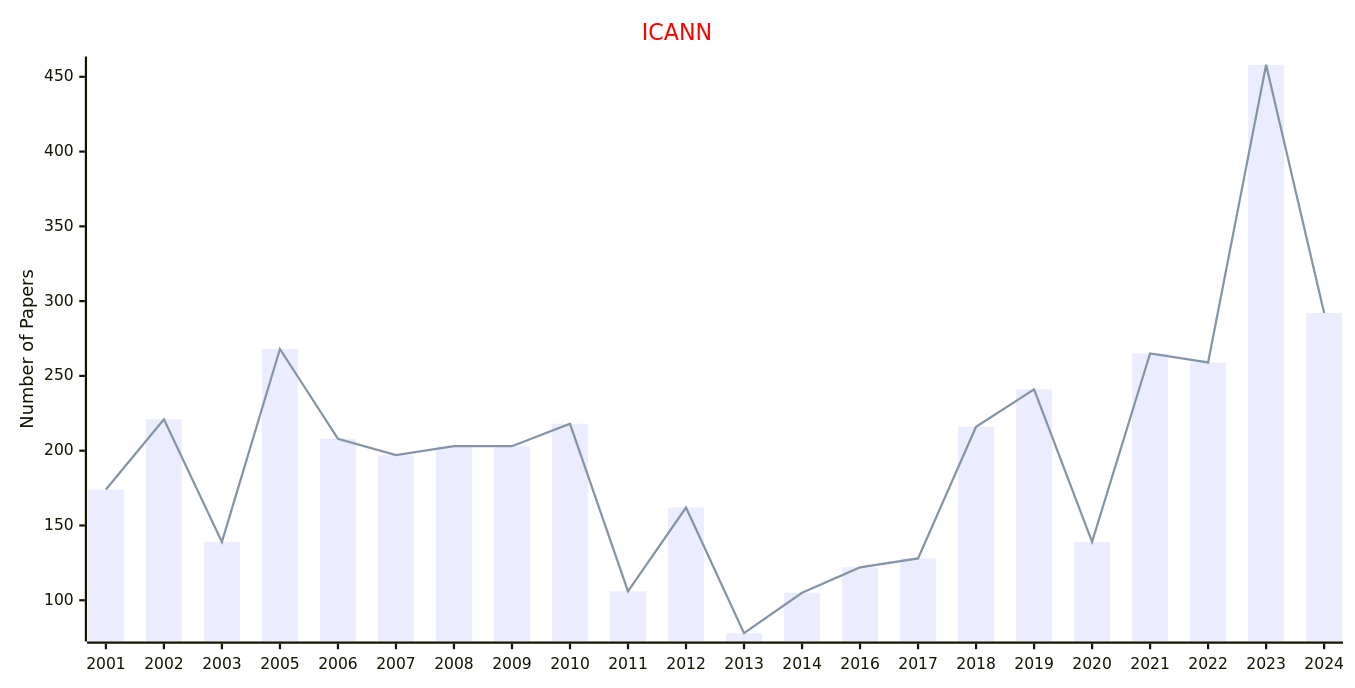
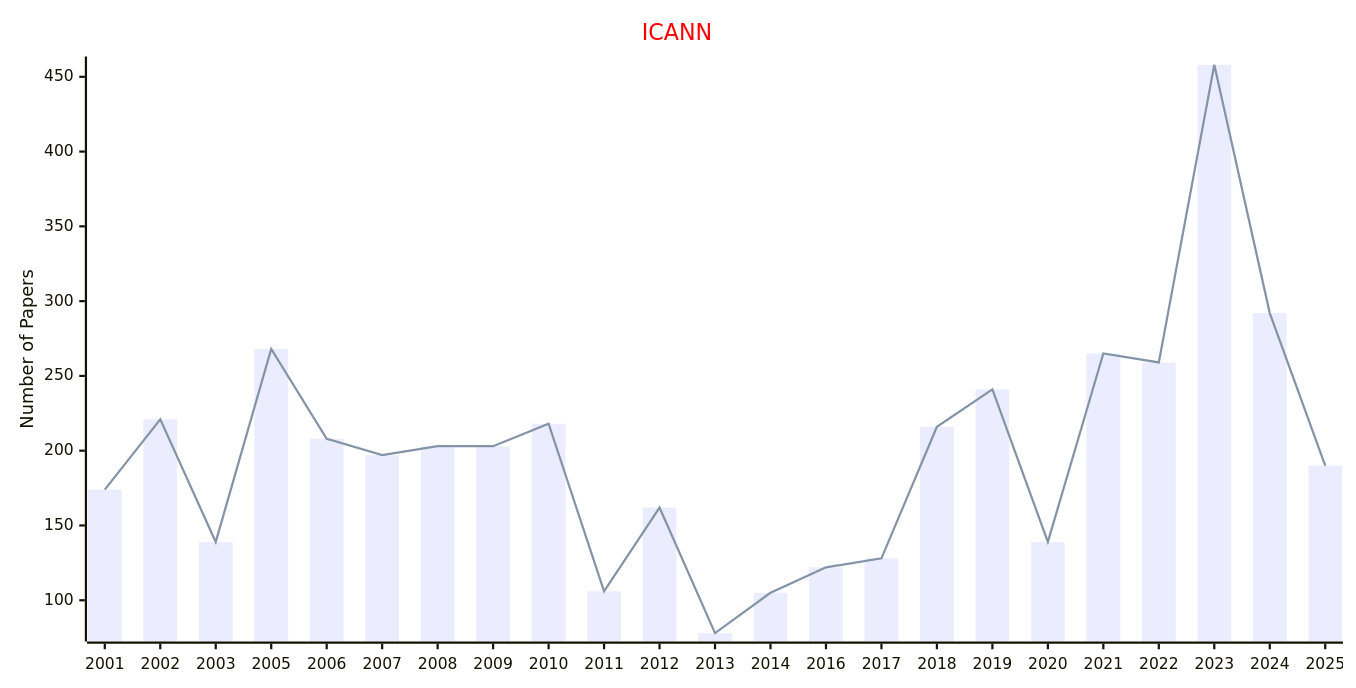
One commit to Easy-PhD/AILinks changed the seventh of 10 diagrams in docs/data/Conferences/Publishers_Conferences/SPRINGER.md. Above: the diagram before and after it, drawn with Mermaid. The commit also changed 32 other files, not shown here.

````diff
--- a/docs/data/Conferences/Publishers_Conferences/SPRINGER.md
+++ b/docs/data/Conferences/Publishers_Conferences/SPRINGER.md
@@ -171,17 +171,17 @@
 ```mermaid
 ---
 config:
     xyChart:
         width: 1200
         height: 600
     themeVariables:
         xyChart:
             titleColor: "#ff0000"
 ---
 xychart-beta
     title "ICANN"
-    x-axis [2001, 2002, 2003, 2005, 2006, 2007, 2008, 2009, 2010, 2011, 2012, 2013, 2014, 2016, 2017, 2018, 2019, 2020, 2021, 2022, 2023, 2024]
+    x-axis [2001, 2002, 2003, 2005, 2006, 2007, 2008, 2009, 2010, 2011, 2012, 2013, 2014, 2016, 2017, 2018, 2019, 2020, 2021, 2022, 2023, 2024, 2025]
     y-axis "Number of Papers"
-    bar [174, 221, 139, 268, 208, 197, 203, 203, 218, 106, 162, 78, 105, 122, 128, 216, 241, 139, 265, 259, 458, 292]
-    line [174, 221, 139, 268, 208, 197, 203, 203, 218, 106, 162, 78, 105, 122, 128, 216, 241, 139, 265, 259, 458, 292]
+    bar [174, 221, 139, 268, 208, 197, 203, 203, 218, 106, 162, 78, 105, 122, 128, 216, 241, 139, 265, 259, 458, 292, 190]
+    line [174, 221, 139, 268, 208, 197, 203, 203, 218, 106, 162, 78, 105, 122, 128, 216, 241, 139, 265, 259, 458, 292, 190]
 ```
````
